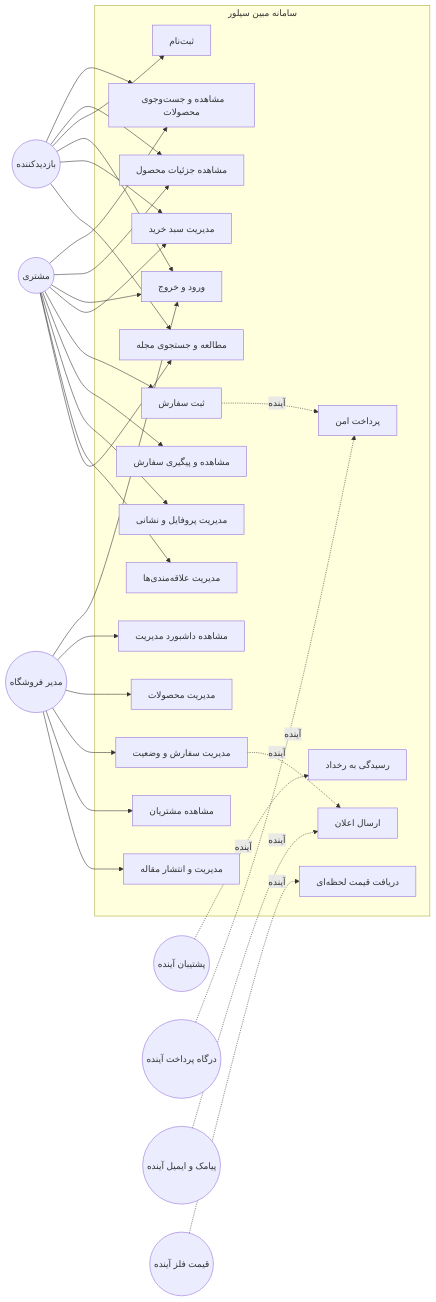
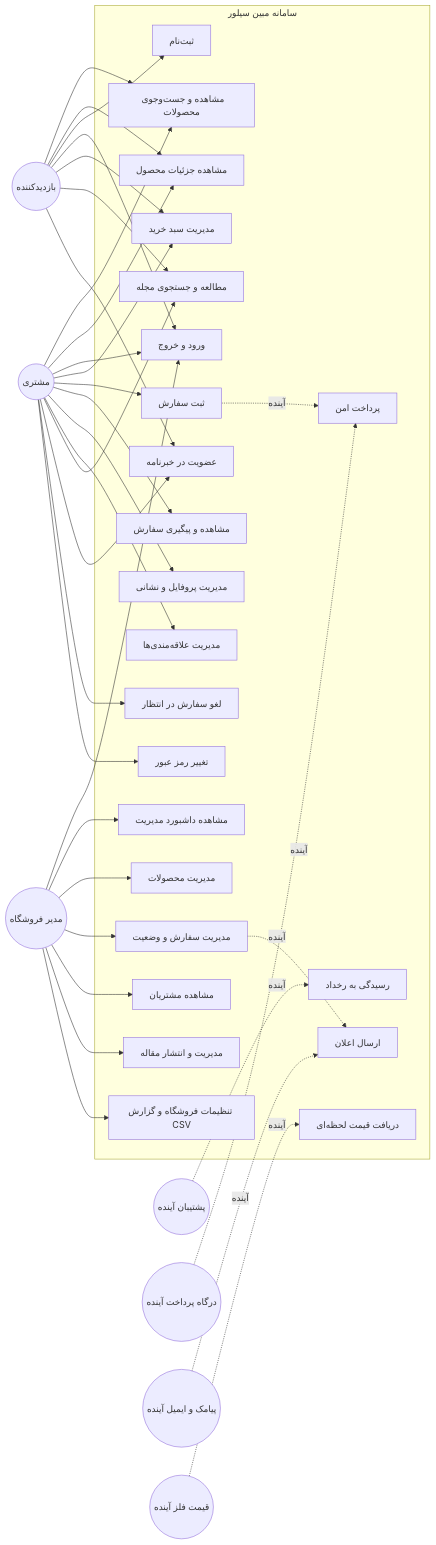
Before and after one commit to mohamadkheiry/mobinsilver: the diagram in docs/diagrams/use-cases.md, drawn with Mermaid. The commit also changed other lines of this file and 43 other files, not shown here.

````diff
--- a/docs/diagrams/use-cases.md
+++ b/docs/diagrams/use-cases.md
@@ -17,63 +17,72 @@
 ```mermaid
 flowchart LR
     Visitor((بازدیدکننده))
     Customer((مشتری))
     Admin((مدیر فروشگاه))
     Support((پشتیبان آینده))
     Payment((درگاه پرداخت آینده))
     Messaging((پیامک و ایمیل آینده))
     Pricing((قیمت فلز آینده))
 
     subgraph Store[سامانه مبین سیلور]
         UC01[مشاهده و جست‌وجوی محصولات]
         UC02[مشاهده جزئیات محصول]
         UC03[ثبت‌نام]
         UC04[ورود و خروج]
         UC05[مدیریت سبد خرید]
         UC06[ثبت سفارش]
         UC07[مشاهده و پیگیری سفارش]
         UC08[مدیریت پروفایل و نشانی]
         UC09[مدیریت علاقه‌مندی‌ها]
         UC10[مشاهده داشبورد مدیریت]
         UC11[مدیریت محصولات]
         UC12[مدیریت سفارش و وضعیت]
         UC13[مشاهده مشتریان]
         UC14[دریافت قیمت لحظه‌ای]
         UC15[پرداخت امن]
         UC16[ارسال اعلان]
         UC17[رسیدگی به رخداد]
         UC18[مطالعه و جستجوی مجله]
         UC19[مدیریت و انتشار مقاله]
+        UC20[عضویت در خبرنامه]
+        UC21[لغو سفارش در انتظار]
+        UC22[تغییر رمز عبور]
+        UC23[تنظیمات فروشگاه و گزارش CSV]
     end
 
     Visitor --> UC01
     Visitor --> UC02
     Visitor --> UC03
     Visitor --> UC04
     Visitor --> UC05
     Visitor --> UC18
+    Visitor --> UC20
 
     Customer --> UC01
     Customer --> UC02
     Customer --> UC04
     Customer --> UC05
     Customer --> UC06
     Customer --> UC07
     Customer --> UC08
     Customer --> UC09
     Customer --> UC18
+    Customer --> UC20
+    Customer --> UC21
+    Customer --> UC22
 
     Admin --> UC04
     Admin --> UC10
     Admin --> UC11
     Admin --> UC12
     Admin --> UC13
     Admin --> UC19
+    Admin --> UC23
 
     Support -. آینده .-> UC17
     UC06 -. آینده .-> UC15
     UC12 -. آینده .-> UC16
     Pricing -. آینده .-> UC14
     Payment -. آینده .-> UC15
     Messaging -. آینده .-> UC16
 ```
````
